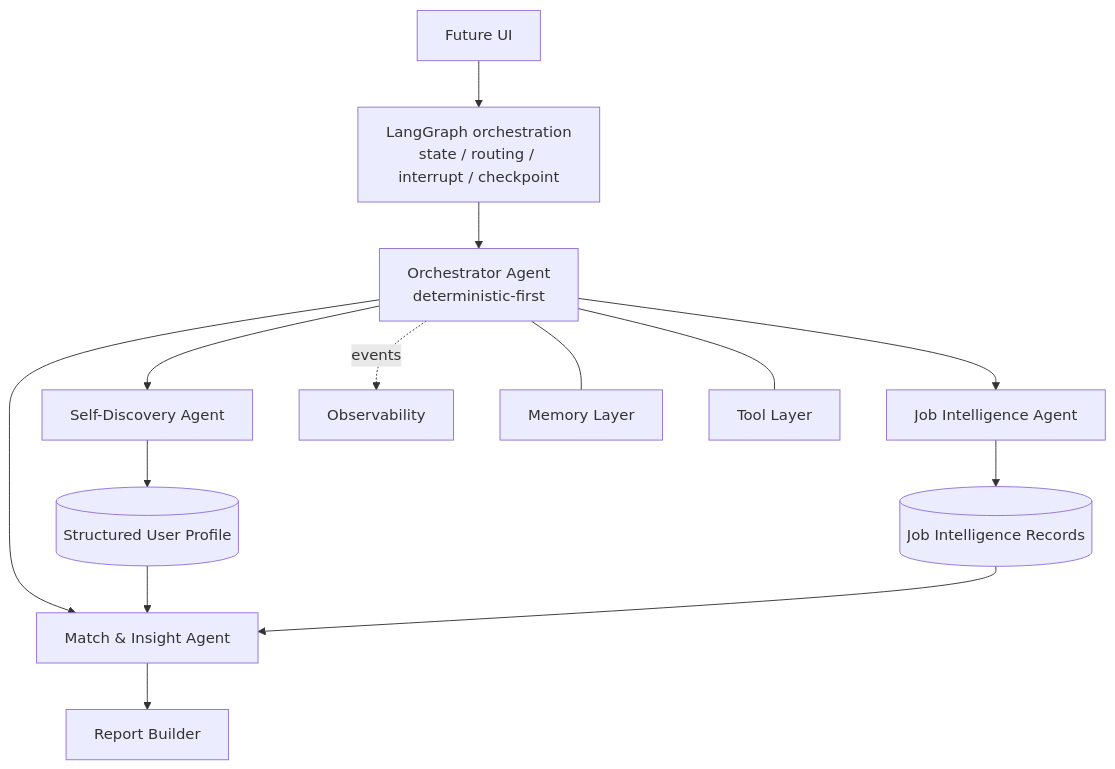
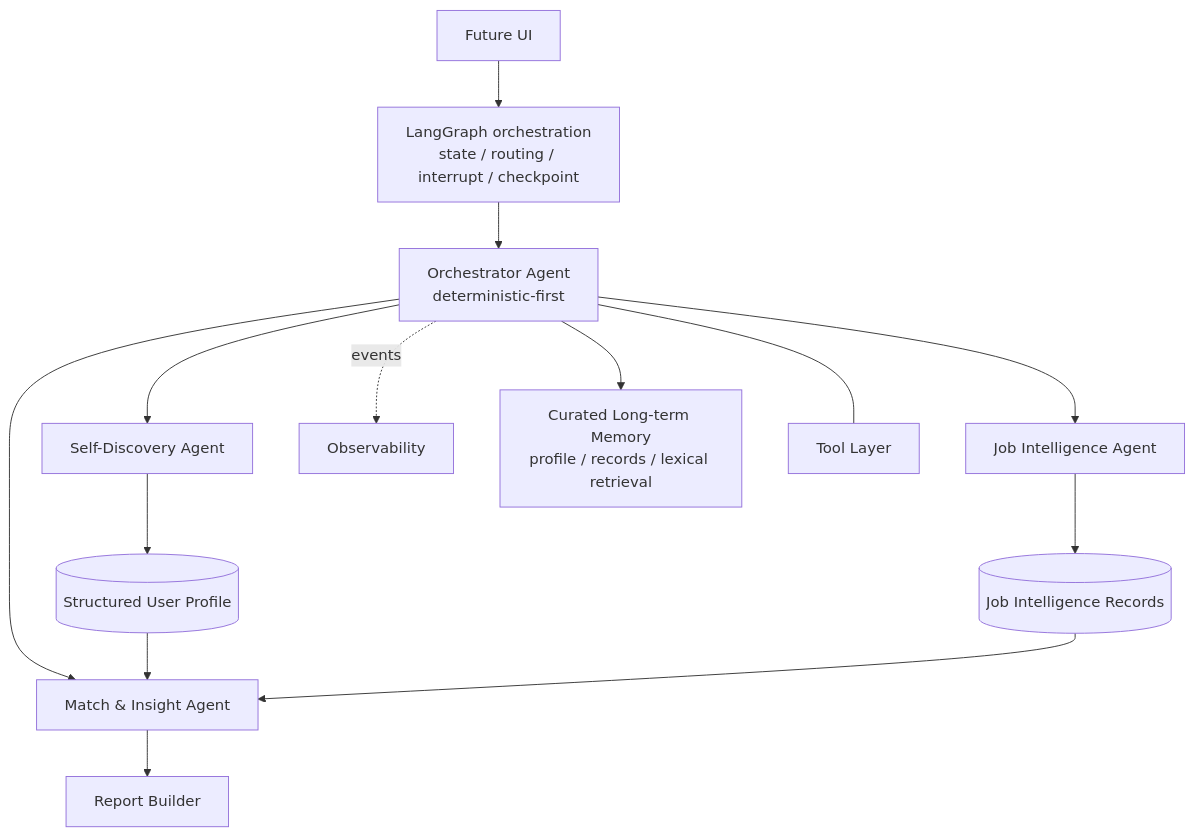
The diagram in README.md (wangzch337-max/orange-career-agent), drawn with Mermaid before and after one commit. The commit also changed other lines of this file and 24 other files, not shown here.

Commit message:
feat: add structured persistent memory layer

````diff
--- a/README.md
+++ b/README.md
@@ -35,16 +35,16 @@
 ```mermaid
 flowchart TD
     UI[Future UI] --> LG[LangGraph orchestration<br/>state / routing / interrupt / checkpoint]
     LG --> O[Orchestrator Agent<br/>deterministic-first]
     O --> S[Self-Discovery Agent]
     O --> J[Job Intelligence Agent]
     O --> M[Match & Insight Agent]
     S --> P[(Structured User Profile)]
     J --> R[(Job Intelligence Records)]
     P --> M
     R --> M
     M --> B[Report Builder]
     O -. events .-> OBS[Observability]
-    O --- MEM[Memory Layer]
+    O --> MEM[Curated Long-term Memory<br/>profile / records / lexical retrieval]
     O --- T[Tool Layer]
 ```
````
